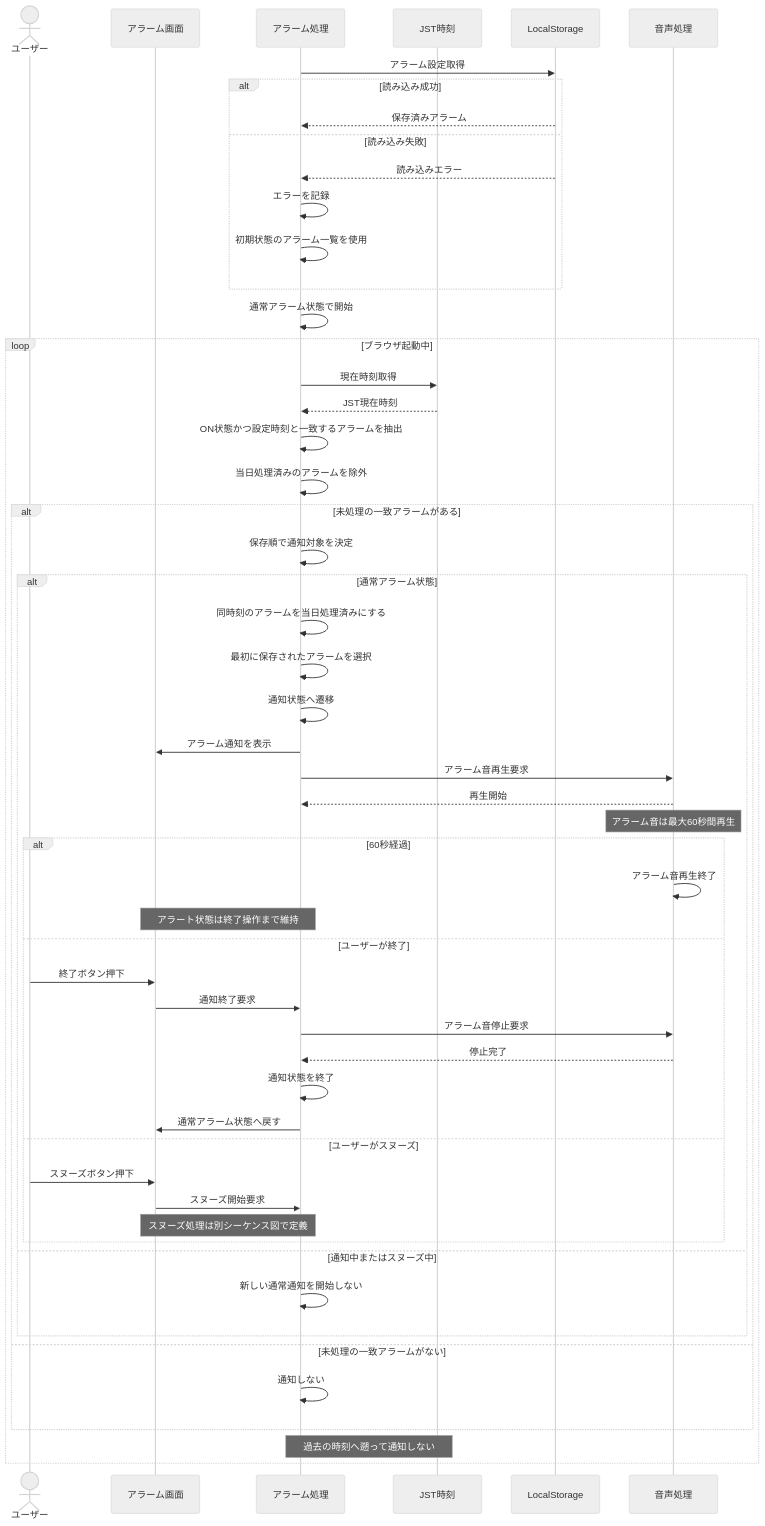
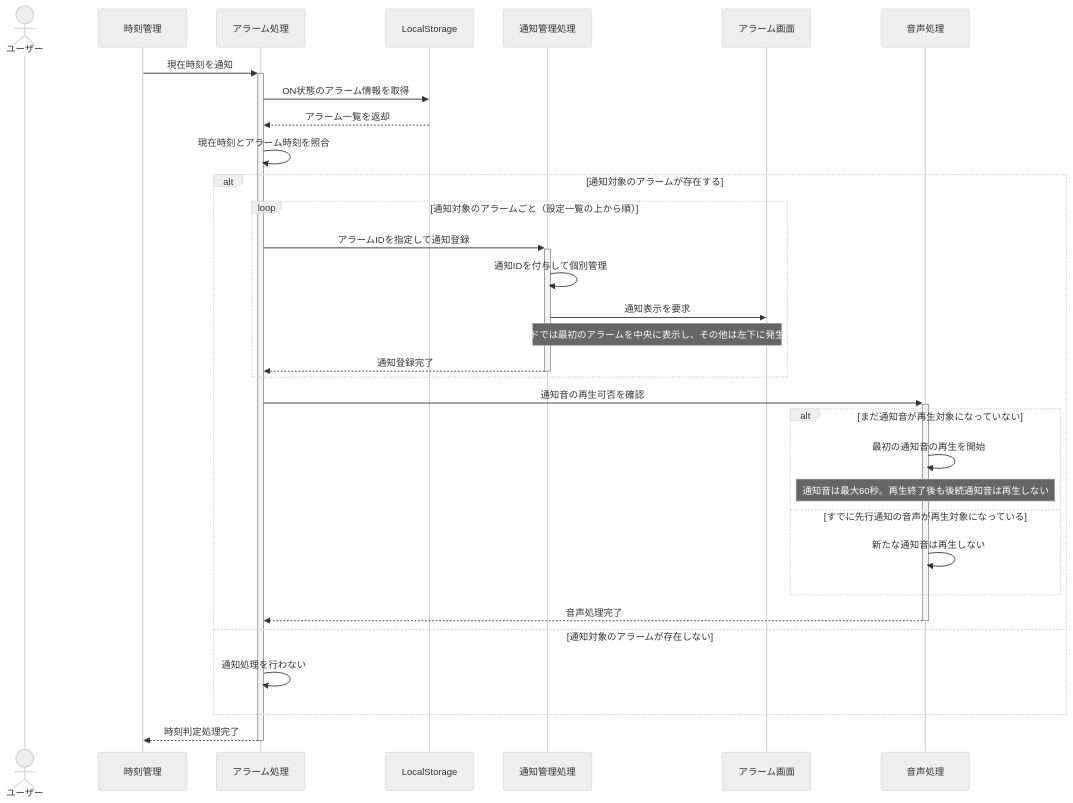
The third of 6 diagrams in document/設計/シーケンス図/アラームシーケンス図.md (shun62201234-crypto/timerApplication), drawn with Mermaid (neutral theme) before and after one commit. The commit also changed other lines of this file, not shown here.

First line of the commit message:
アラーム関連シーケンス図の修正

````diff
--- a/document/設計/シーケンス図/アラームシーケンス図.md
+++ b/document/設計/シーケンス図/アラームシーケンス図.md
@@ -93,68 +78,38 @@
 ```mermaid
 sequenceDiagram
-    actor ユーザー
+    actor User as ユーザー
+    participant Clock as 時刻管理
+    participant Alarm as アラーム処理
+    participant Storage as LocalStorage
+    participant Notify as 通知管理処理
     participant UI as アラーム画面
-    participant Alarm as アラーム処理
-    participant Clock as JST時刻
-    participant Storage as LocalStorage
     participant Audio as 音声処理
 
-    Alarm->>Storage: アラーム設定取得
-    alt 読み込み成功
-        Storage-->>Alarm: 保存済みアラーム
-    else 読み込み失敗
-        Storage-->>Alarm: 読み込みエラー
-        Alarm->>Alarm: エラーを記録
-        Alarm->>Alarm: 初期状態のアラーム一覧を使用
+    Clock->>+Alarm: 現在時刻を通知
+    Alarm->>Storage: ON状態のアラーム情報を取得
+    Storage-->>Alarm: アラーム一覧を返却
+    Alarm->>Alarm: 現在時刻とアラーム時刻を照合
+
+    alt 通知対象のアラームが存在する
+        loop 通知対象のアラームごと（設定一覧の上から順）
+            Alarm->>+Notify: アラームIDを指定して通知登録
+            Notify->>Notify: 通知IDを付与して個別管理
+            Notify->>UI: 通知表示を要求
+            Note over Notify,UI: アラームモードでは最初のアラームを中央に表示し、その他は左下に発生順で表示する
+            Notify-->>-Alarm: 通知登録完了
+        end
+
+        Alarm->>+Audio: 通知音の再生可否を確認
+        alt まだ通知音が再生対象になっていない
+            Audio->>Audio: 最初の通知音の再生を開始
+            Note over Audio: 通知音は最大60秒。再生終了後も後続通知音は再生しない
+        else すでに先行通知の音声が再生対象になっている
+            Audio->>Audio: 新たな通知音は再生しない
+        end
+        Audio-->>-Alarm: 音声処理完了
+    else 通知対象のアラームが存在しない
+        Alarm->>Alarm: 通知処理を行わない
     end
 
-    Alarm->>Alarm: 通常アラーム状態で開始
-
-    loop ブラウザ起動中
-        Alarm->>Clock: 現在時刻取得
-        Clock-->>Alarm: JST現在時刻
-        Alarm->>Alarm: ON状態かつ設定時刻と一致するアラームを抽出
-        Alarm->>Alarm: 当日処理済みのアラームを除外
-
-        alt 未処理の一致アラームがある
-            Alarm->>Alarm: 保存順で通知対象を決定
-
-            alt 通常アラーム状態
-                Alarm->>Alarm: 同時刻のアラームを当日処理済みにする
-
-                Alarm->>Alarm: 最初に保存されたアラームを選択
-                Alarm->>Alarm: 通知状態へ遷移
-                Alarm->>UI: アラーム通知を表示
-                Alarm->>Audio: アラーム音再生要求
-                Audio-->>Alarm: 再生開始
-
-                Note over Audio: アラーム音は最大60秒間再生
-
-                alt 60秒経過
-                    Audio->>Audio: アラーム音再生終了
-                    Note over UI,Alarm: アラート状態は終了操作まで維持
-
-                else ユーザーが終了
-                    ユーザー->>UI: 終了ボタン押下
-                    UI->>Alarm: 通知終了要求
-                    Alarm->>Audio: アラーム音停止要求
-                    Audio-->>Alarm: 停止完了
-                    Alarm->>Alarm: 通知状態を終了
-                    Alarm->>UI: 通常アラーム状態へ戻す
-                else ユーザーがスヌーズ
-                    ユーザー->>UI: スヌーズボタン押下
-                    UI->>Alarm: スヌーズ開始要求
-                    Note over Alarm,UI: スヌーズ処理は別シーケンス図で定義
-                end
-
-            else 通知中またはスヌーズ中
-                Alarm->>Alarm: 新しい通常通知を開始しない
-            end
-
-        else 未処理の一致アラームがない
-            Alarm->>Alarm: 通知しない
-        end
-
-        Note over Alarm,Clock: 過去の時刻へ遡って通知しない
-    end
+    Alarm-->>-Clock: 時刻判定処理完了
 ```
````
